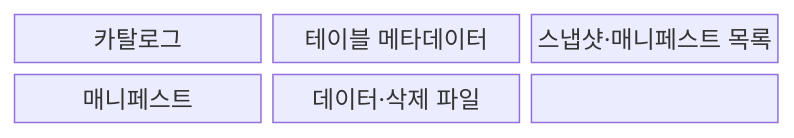
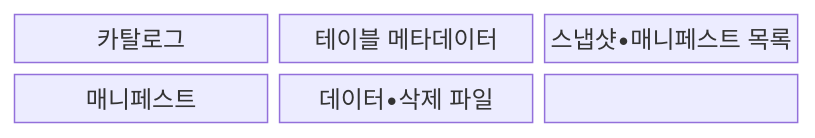
One commit to agnusdei1207/knowledge-base changed the first of 2 diagrams in src/content/docs/notes/08-latest-tech/191_apache_iceberg.md. Above: the diagram before and after it, drawn with Mermaid. The commit also changed other lines of this file and 953 other files, not shown here.

````diff
--- a/src/content/docs/notes/08-latest-tech/191_apache_iceberg.md
+++ b/src/content/docs/notes/08-latest-tech/191_apache_iceberg.md
@@ -65,11 +65,11 @@
 ```mermaid
 block-beta
   columns 3
   N0["카탈로그"]
   N1["테이블 메타데이터"]
-  N2["스냅샷·매니페스트 목록"]
+  N2["스냅샷•매니페스트 목록"]
   N3["매니페스트"]
-  N4["데이터·삭제 파일"]
+  N4["데이터•삭제 파일"]
   N0 --- N1 --- N2
   N2 --- N3 --- N4
 ```
````
